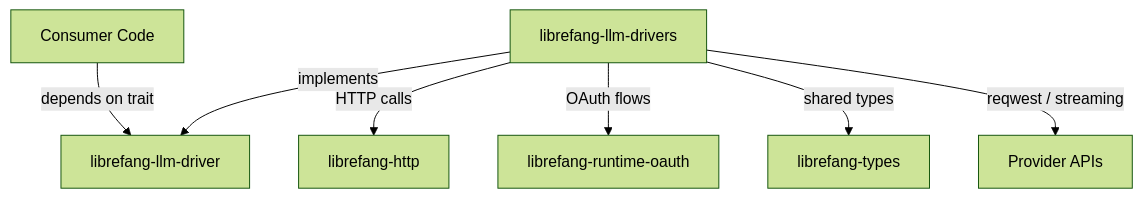
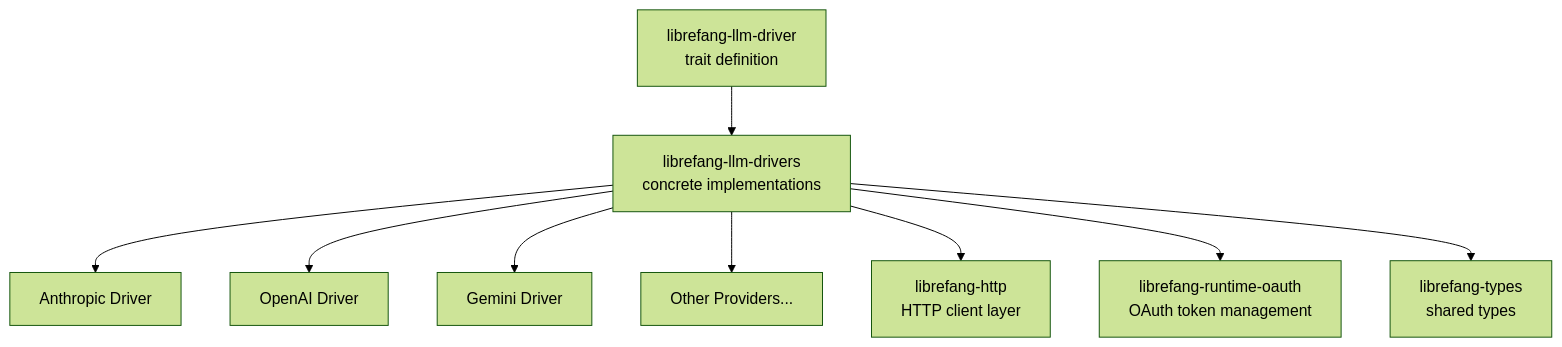
The diagram in other-librefang-llm-drivers.md (leszek3737/librefang-WIki), drawn with Mermaid (forest theme) before and after one commit. The commit also changed other lines of this file and 93 other files, not shown here.

````diff
--- a/other-librefang-llm-drivers.md
+++ b/other-librefang-llm-drivers.md
@@ -21,9 +9,11 @@
 ```mermaid
 graph TD
-    A[Consumer Code] -->|depends on trait| B[librefang-llm-driver]
-    C[librefang-llm-drivers] -->|implements| B
-    C -->|HTTP calls| D[librefang-http]
-    C -->|OAuth flows| E[librefang-runtime-oauth]
-    C -->|shared types| F[librefang-types]
-    C -->|reqwest / streaming| G[Provider APIs]
+    A[librefang-llm-driver<br/>trait definition] --> B[librefang-llm-drivers<br/>concrete implementations]
+    B --> C[Anthropic Driver]
+    B --> D[OpenAI Driver]
+    B --> E[Gemini Driver]
+    B --> F[Other Providers...]
+    B --> G[librefang-http<br/>HTTP client layer]
+    B --> H[librefang-runtime-oauth<br/>OAuth token management]
+    B --> I[librefang-types<br/>shared types]
 ```
````
